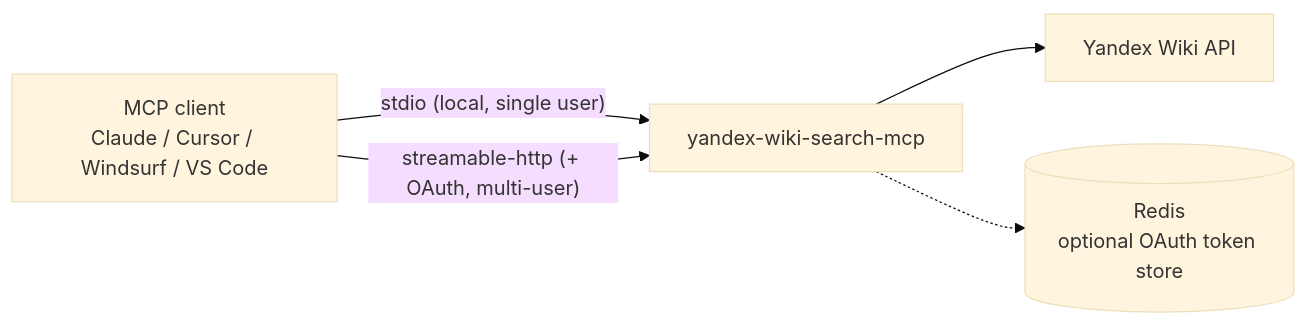
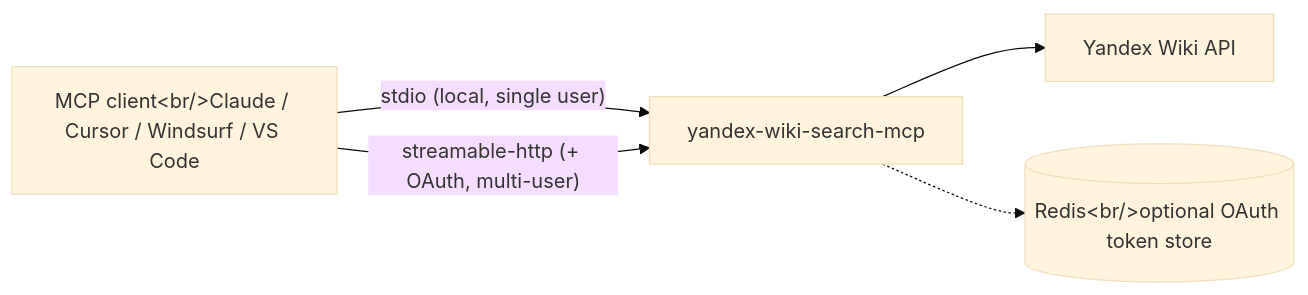
The diagram in README.md (dlbolshov/yandex-wiki-search-mcp), drawn with Mermaid (base theme) before and after one commit.

````diff
--- a/README.md
+++ b/README.md
@@ -281,11 +281,11 @@
 ```mermaid
 flowchart LR
-    C["MCP client<br/>Claude / Cursor / Windsurf / VS Code"]
+    C["MCP client&lt;br/&gt;Claude / Cursor / Windsurf / VS Code"]
     S["yandex-wiki-search-mcp"]
     W["Yandex Wiki API"]
-    R[("Redis<br/>optional OAuth token store")]
+    R[("Redis&lt;br/&gt;optional OAuth token store")]
     C -- "stdio (local, single user)" --> S
     C -- "streamable-http (+ OAuth, multi-user)" --> S
     S --> W
     S -.-> R
 ```
````
